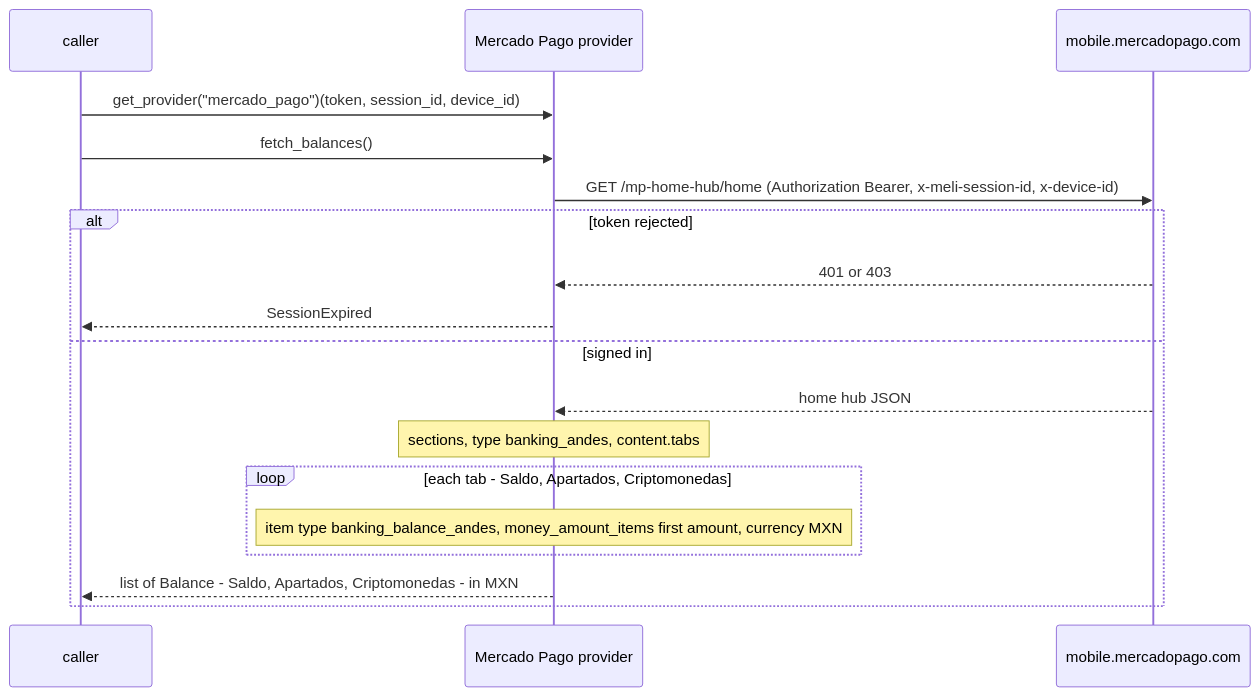
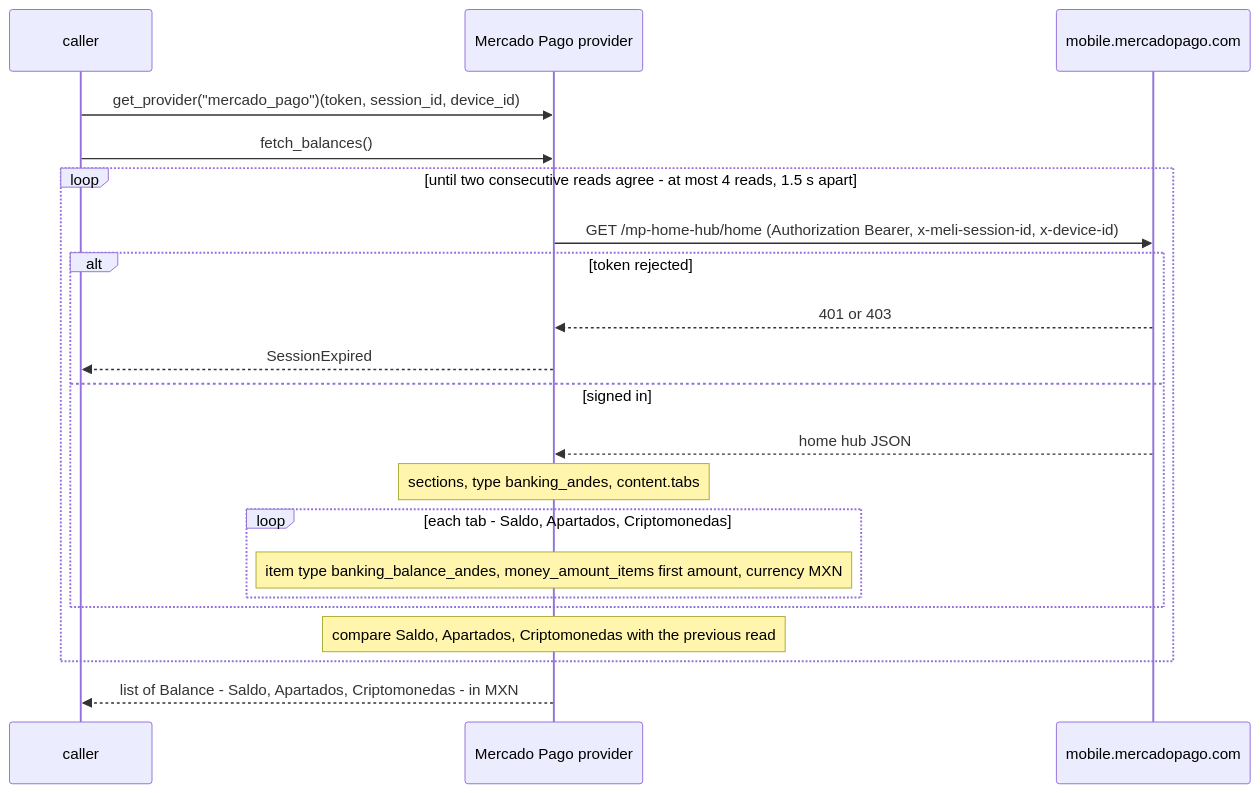
The second of 2 diagrams in docs/flows/mercado_pago.md (PaoloReyes/finscraper-mx), drawn with Mermaid before and after one commit. The commit also changed other lines of this file and 2 other files, not shown here.

Commit message:
Mercado Pago: reconcile reads so a stale first-of-day snapshot isn't reported
The home hub's first read after a while can return a stale snapshot. fetch_balances()
now re-reads (1.5 s apart, at most 4 reads) until two consecutive reads agree, and
returns the latest read if they never do. Stateless: no first-of-day flag on disk.

Claude-Session: https://claude.ai/code/session_01PdL2e3BGWBx83W8DJGtwh9

````diff
--- a/docs/flows/mercado_pago.md
+++ b/docs/flows/mercado_pago.md
@@ -28,21 +33,24 @@
 ```mermaid
 sequenceDiagram
   participant C as caller
   participant P as Mercado Pago provider
   participant S as mobile.mercadopago.com
 
   C->>P: get_provider("mercado_pago")(token, session_id, device_id)
   C->>P: fetch_balances()
-  P->>S: GET /mp-home-hub/home  (Authorization Bearer, x-meli-session-id, x-device-id)
-  alt token rejected
-    S-->>P: 401 or 403
-    P-->>C: SessionExpired
-  else signed in
-    S-->>P: home hub JSON
-    Note over P: sections, type banking_andes, content.tabs
-    loop each tab - Saldo, Apartados, Criptomonedas
-      Note over P: item type banking_balance_andes, money_amount_items first amount, currency MXN
+  loop until two consecutive reads agree - at most 4 reads, 1.5 s apart
+    P->>S: GET /mp-home-hub/home  (Authorization Bearer, x-meli-session-id, x-device-id)
+    alt token rejected
+      S-->>P: 401 or 403
+      P-->>C: SessionExpired
+    else signed in
+      S-->>P: home hub JSON
+      Note over P: sections, type banking_andes, content.tabs
+      loop each tab - Saldo, Apartados, Criptomonedas
+        Note over P: item type banking_balance_andes, money_amount_items first amount, currency MXN
+      end
     end
-    P-->>C: list of Balance - Saldo, Apartados, Criptomonedas - in MXN
+    Note over P: compare Saldo, Apartados, Criptomonedas with the previous read
   end
+  P-->>C: list of Balance - Saldo, Apartados, Criptomonedas - in MXN
 ```
````
